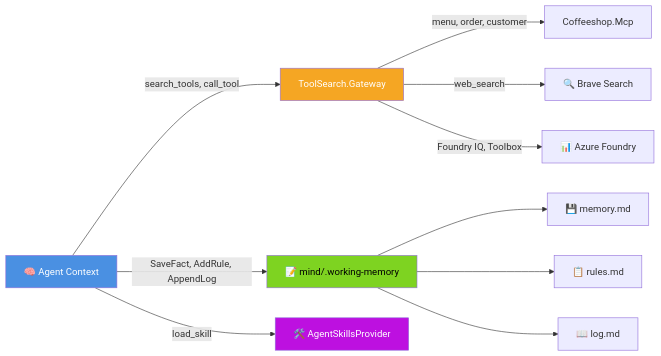
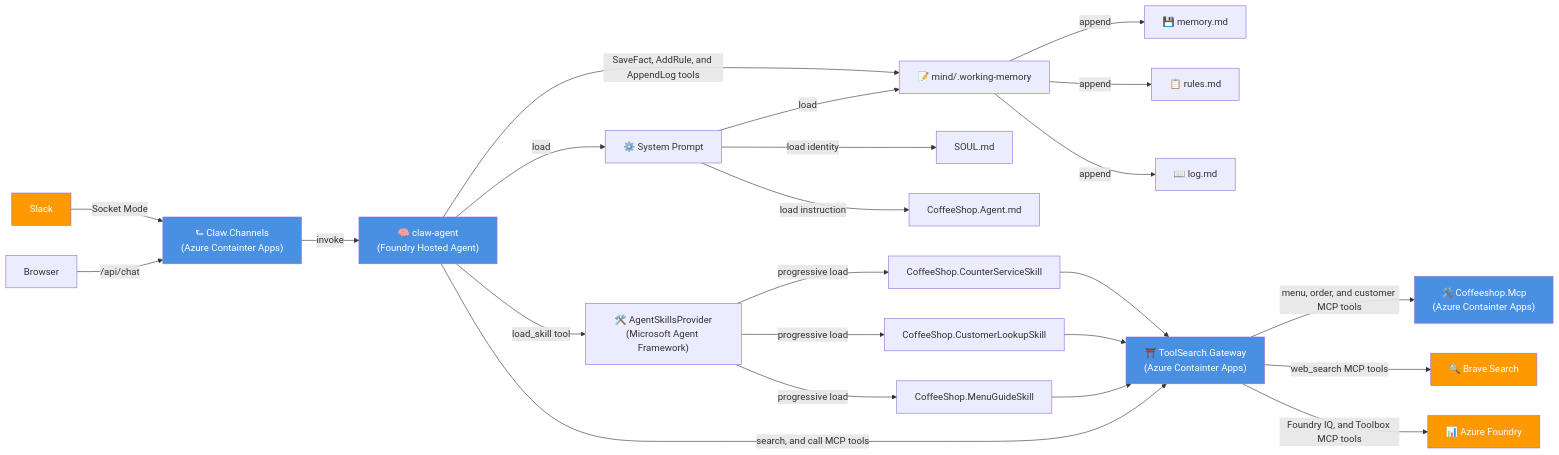
Before and after one commit to thangchung/agent-engineering-experiment: the diagram in foundry-agentfx/README.md, drawn with Mermaid. The commit also changed other lines of this file and 39 other files, not shown here.

````diff
--- a/foundry-agentfx/README.md
+++ b/foundry-agentfx/README.md
@@ -284,21 +13,45 @@
 ```mermaid
 graph LR
-    Agent["🧠 Agent Context"]
+    Slack["Slack"]
+    Browser["Browser"]
+    Slack -->|Socket Mode| SlackAdapter
+    Browser -->|/api/chat| SlackAdapter
+    SlackAdapter["⮑ Claw.Channels<br/>(Azure Containter Apps)"] -->|invoke| Agent
+    Agent["🧠 claw-agent<br/>(Foundry Hosted Agent)"]
     
-    Agent -->|search_tools, call_tool| Gateway["ToolSearch.Gateway"]
-    Agent -->|SaveFact, AddRule, AppendLog| Memory["📝 mind/.working-memory"]
-    Agent -->|load_skill| Skills["🛠️ AgentSkillsProvider"]
+    Agent -->|SaveFact, AddRule, and AppendLog tools| Memory["📝 mind/.working-memory"]
+
+    Agent --> |load| SystemPrompts["⚙️ System Prompt"]
+    SystemPrompts --> |load| Memory
+    SystemPrompts --> |load identity| SOUL.md
+    SystemPrompts --> |load instruction| CoffeeShop.Agent.md
     
-    Gateway -->|menu, order, customer| Coffeeshop["Coffeeshop.Mcp"]
-    Gateway -->|web_search| Brave["🔍 Brave Search"]
-    Gateway -->|Foundry IQ, Toolbox| Foundry["📊 Azure Foundry"]
+
+    Agent -->|load_skill tool| Skills["🛠️ AgentSkillsProvider<br/>(Microsoft Agent Framework)"]
+    Skills --> |progressive load| CoffeeShop.CounterServiceSkill
+    Skills --> |progressive load| CoffeeShop.CustomerLookupSkill
+    Skills --> |progressive load| CoffeeShop.MenuGuideSkill
+
+    CoffeeShop.CounterServiceSkill --> Gateway
+    CoffeeShop.CustomerLookupSkill --> Gateway
+    CoffeeShop.MenuGuideSkill --> Gateway
+
+    Agent -->|search, and call MCP tools| Gateway["⛩️ ToolSearch.Gateway<br/>(Azure Containter Apps)"]
     
-    Memory --> MemFile["💾 memory.md"]
-    Memory --> RulesFile["📋 rules.md"]
-    Memory --> LogFile["📖 log.md"]
+    Gateway -->|menu, order, and customer MCP tools| CoffeeshopMCP["🛠️ Coffeeshop.Mcp<br/>(Azure Containter Apps)"]
+    Gateway -->|web_search MCP tools| Brave["🔍 Brave Search"]
+    Gateway -->|Foundry IQ, and Toolbox MCP tools| Foundry["📊 Azure Foundry"]
     
+    Memory --> |append| MemFile["💾 memory.md"]
+    Memory --> |append| RulesFile["📋 rules.md"]
+    Memory --> |append| LogFile["📖 log.md"]
+
+    style Slack fill:#ff9900,color:#fff
+    style Brave fill:#ff9900,color:#fff
+    style Foundry fill:#ff9900,color:#fff
+
+    style SlackAdapter fill:#4a90e2,color:#fff
     style Agent fill:#4a90e2,color:#fff
-    style Gateway fill:#f5a623,color:#fff
-    style Memory fill:#7ed321,color:#000
-    style Skills fill:#bd10e0,color:#fff
+    style Gateway fill:#4a90e2,color:#fff
+    style CoffeeshopMCP fill:#4a90e2,color:#fff
 ```
````
